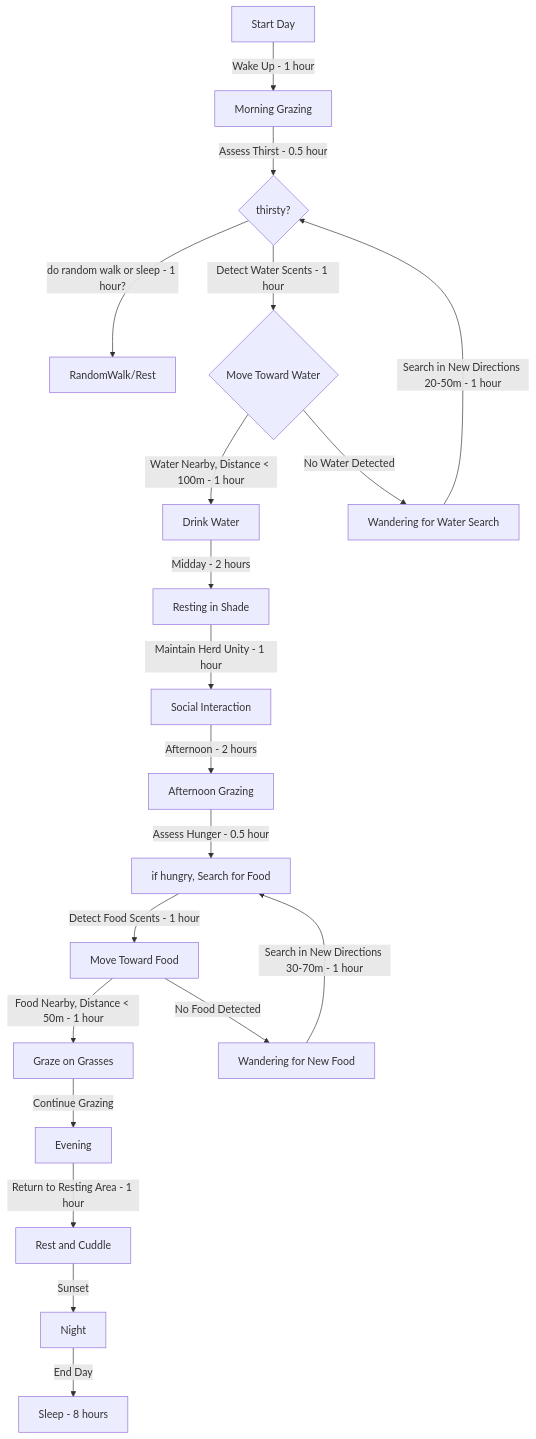
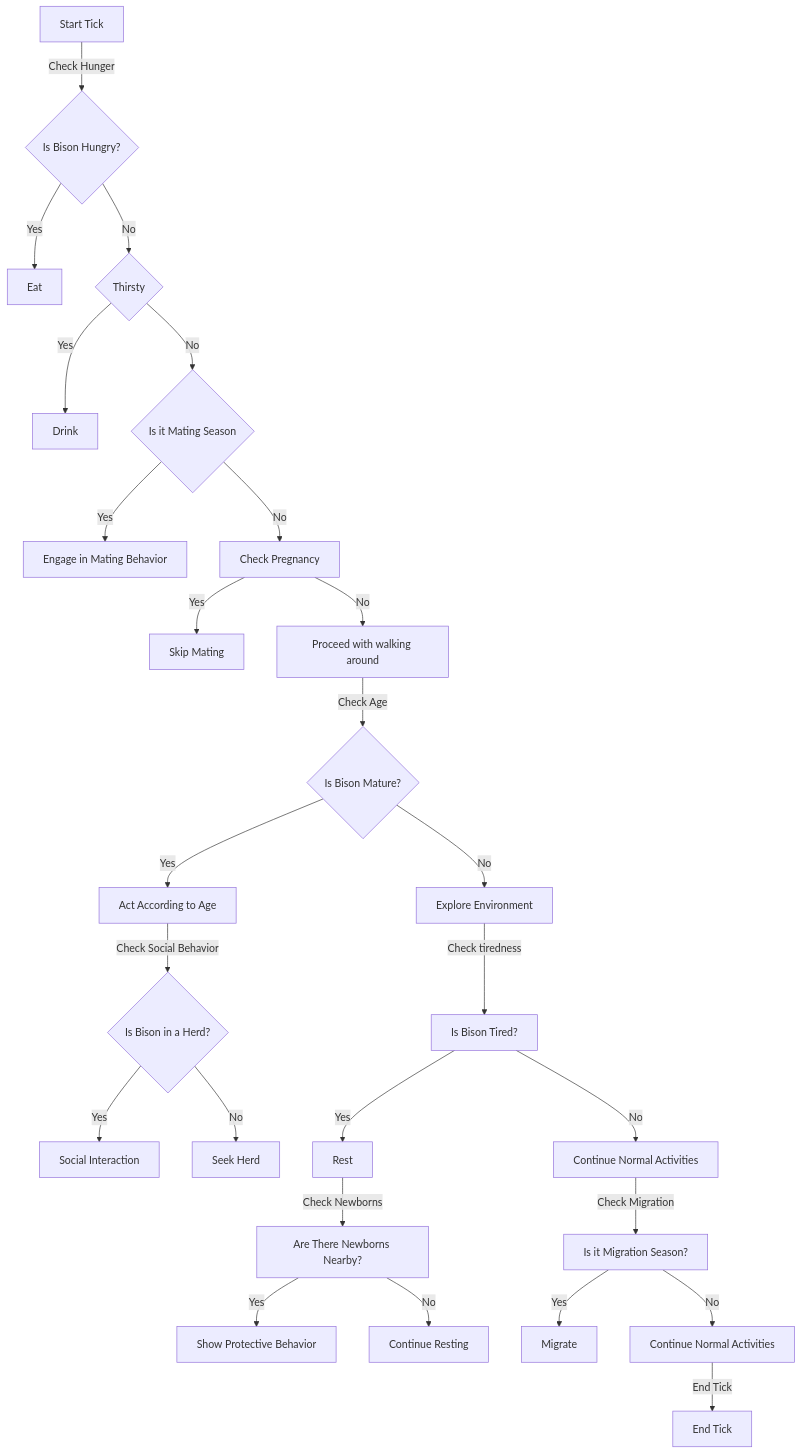
One commit to Red-Sigma/proj-ki-geo changed the first of 2 diagrams in docs/design/animals/bison/bison2.md. Above: the diagram before and after it, drawn with Mermaid.

````diff
--- a/docs/design/animals/bison/bison2.md
+++ b/docs/design/animals/bison/bison2.md
@@ -1,30 +1,43 @@
 ```mermaid
 flowchart TD
-    A[Start Day] -->|Wake Up - 1 hour| B[Morning Grazing]
-    B -->|Assess Thirst - 0.5 hour| C{ thirsty?}
-    C -->|do random walk or sleep - 1 hour?| Z[RandomWalk/Rest]
- 
 
-    C -->|Detect Water Scents - 1 hour| D{Move Toward Water}
-    D -->|Water Nearby, Distance < 100m - 1 hour| E[Drink Water]
-    D -->|No Water Detected| Q[Wandering for Water Search]
+  A[Start Tick] -->|Check Hunger| B{Is Bison Hungry?}
+  B -->|Yes| C[Eat]
+  B -->|No| D{Thirsty}
 
-    E -->|Midday - 2 hours| F[Resting in Shade]
-    F -->|Maintain Herd Unity - 1 hour| G[Social Interaction]
+  D -->|Yes| E[Drink]
+  D -->|No| F{Is it Mating Season}
 
-    G -->|Afternoon - 2 hours| H[Afternoon Grazing]
-    H -->|Assess Hunger - 0.5 hour| I[if hungry, Search for Food]
-    I -->|Detect Food Scents - 1 hour| J[Move Toward Food]
-    J -->|Food Nearby, Distance < 50m - 1 hour| K[Graze on Grasses]
-    J -->|No Food Detected| R[Wandering for New Food]
-    K -->|Continue Grazing| L[Evening]
-    
-    L -->|Return to Resting Area - 1 hour| M[Rest and Cuddle]
-    M -->|Sunset| N[Night]
-    N -->|End Day| P[Sleep - 8 hours]
+  F -->|Yes| G[Engage in Mating Behavior]
+  F -->|No| H[Check Pregnancy]
 
-    Q -->|Search in New Directions 20-50m - 1 hour| C
-    R -->|Search in New Directions 30-70m - 1 hour| I
+  H -->|Yes| I[Skip Mating]
+  H -->|No| J[Proceed with walking around]
+  
+
+  J -->|Check Age| K{Is Bison Mature?}
+  K -->|Yes| L[Act According to Age]
+  K -->|No| M[Explore Environment]
+
+  L -->|Check Social Behavior| N{Is Bison in a Herd?}
+  N -->|Yes| O[Social Interaction]
+  N -->|No| P[Seek Herd]
+
+
+
+  M -->|Check tiredness| T[Is Bison Tired?]
+  T -->|Yes| U[Rest]
+  T -->|No| V[Continue Normal Activities]
+
+  U -->|Check Newborns| W[Are There Newborns Nearby?]
+  W -->|Yes| X[Show Protective Behavior]
+  W -->|No| Y[Continue Resting]
+
+  V -->|Check Migration| Z[Is it Migration Season?]
+  Z -->|Yes| AA[Migrate]
+  Z -->|No| AB[Continue Normal Activities]
+
+  AB -->|End Tick| AC[End Tick]
 
 
 ```
````
